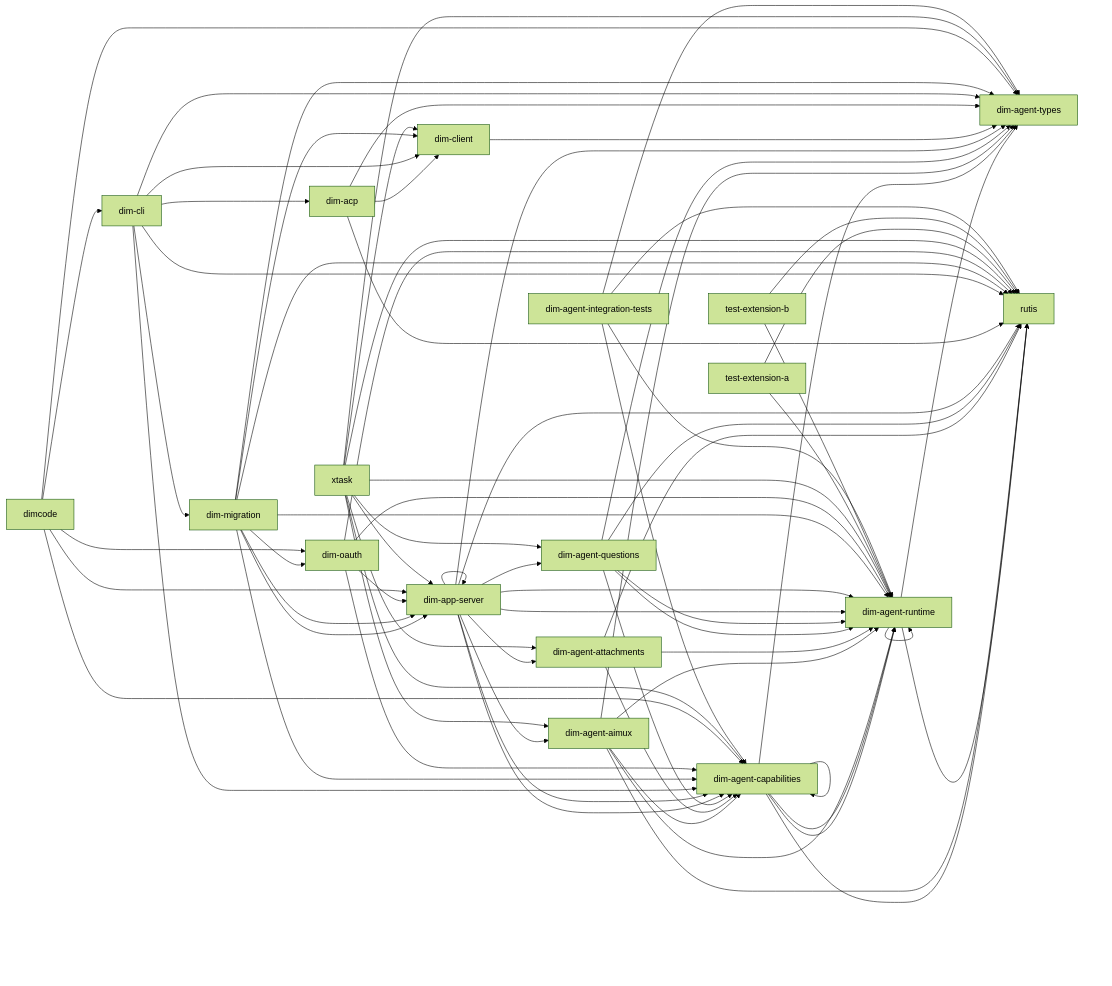
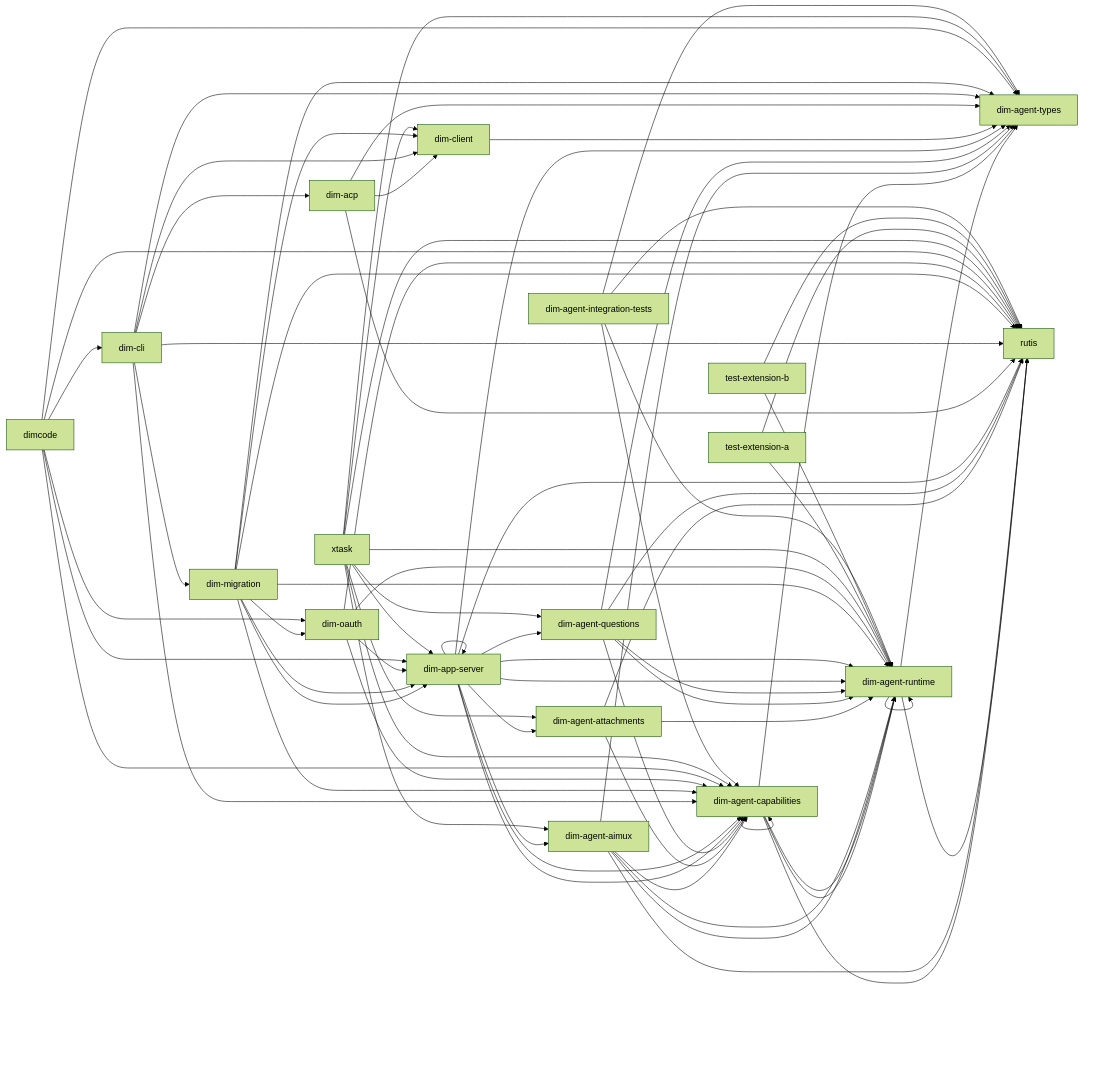
Before and after one commit to CoutinhoTTS/dim-agent: the diagram in docs/architecture/rust-agent/generated/crates.mmd, drawn with Mermaid (forest theme). The commit also changed 31 other files, not shown here.

```diff
--- a/docs/architecture/rust-agent/generated/crates.mmd
+++ b/docs/architecture/rust-agent/generated/crates.mmd
@@ -1,77 +1,78 @@
 %% Generated from cargo metadata; do not edit.
 flowchart LR
   dim_agent_runtime["dim-agent-runtime"] --> dim_agent_types["dim-agent-types"]
   dim_agent_runtime["dim-agent-runtime"] --> rutis["rutis"]
   dim_agent_runtime["dim-agent-runtime"] --> dim_agent_runtime["dim-agent-runtime"]
   dim_agent_capabilities["dim-agent-capabilities"] --> dim_agent_runtime["dim-agent-runtime"]
   dim_agent_capabilities["dim-agent-capabilities"] --> dim_agent_types["dim-agent-types"]
   dim_agent_capabilities["dim-agent-capabilities"] --> rutis["rutis"]
   dim_agent_capabilities["dim-agent-capabilities"] --> dim_agent_capabilities["dim-agent-capabilities"]
   dim_agent_capabilities["dim-agent-capabilities"] --> dim_agent_runtime["dim-agent-runtime"]
   dim_agent_aimux["dim-agent-aimux"] --> dim_agent_capabilities["dim-agent-capabilities"]
   dim_agent_aimux["dim-agent-aimux"] --> dim_agent_runtime["dim-agent-runtime"]
   dim_agent_aimux["dim-agent-aimux"] --> dim_agent_types["dim-agent-types"]
   dim_agent_aimux["dim-agent-aimux"] --> rutis["rutis"]
   dim_agent_aimux["dim-agent-aimux"] --> dim_agent_runtime["dim-agent-runtime"]
   dim_agent_attachments["dim-agent-attachments"] --> dim_agent_capabilities["dim-agent-capabilities"]
   dim_agent_attachments["dim-agent-attachments"] --> dim_agent_runtime["dim-agent-runtime"]
   dim_agent_attachments["dim-agent-attachments"] --> rutis["rutis"]
   dim_agent_questions["dim-agent-questions"] --> dim_agent_capabilities["dim-agent-capabilities"]
   dim_agent_questions["dim-agent-questions"] --> dim_agent_runtime["dim-agent-runtime"]
   dim_agent_questions["dim-agent-questions"] --> dim_agent_types["dim-agent-types"]
   dim_agent_questions["dim-agent-questions"] --> rutis["rutis"]
   dim_agent_questions["dim-agent-questions"] --> dim_agent_runtime["dim-agent-runtime"]
   dim_app_server["dim-app-server"] --> dim_agent_aimux["dim-agent-aimux"]
   dim_app_server["dim-app-server"] --> dim_agent_attachments["dim-agent-attachments"]
   dim_app_server["dim-app-server"] --> dim_agent_capabilities["dim-agent-capabilities"]
   dim_app_server["dim-app-server"] --> dim_agent_questions["dim-agent-questions"]
   dim_app_server["dim-app-server"] --> dim_agent_runtime["dim-agent-runtime"]
   dim_app_server["dim-app-server"] --> dim_agent_types["dim-agent-types"]
   dim_app_server["dim-app-server"] --> rutis["rutis"]
   dim_app_server["dim-app-server"] --> dim_agent_capabilities["dim-agent-capabilities"]
   dim_app_server["dim-app-server"] --> dim_agent_runtime["dim-agent-runtime"]
   dim_app_server["dim-app-server"] --> dim_app_server["dim-app-server"]
   dim_client["dim-client"] --> dim_agent_types["dim-agent-types"]
   dim_acp["dim-acp"] --> dim_agent_types["dim-agent-types"]
   dim_acp["dim-acp"] --> dim_client["dim-client"]
   dim_acp["dim-acp"] --> rutis["rutis"]
   dim_cli["dim-cli"] --> dim_acp["dim-acp"]
   dim_cli["dim-cli"] --> dim_agent_capabilities["dim-agent-capabilities"]
   dim_cli["dim-cli"] --> dim_agent_types["dim-agent-types"]
   dim_cli["dim-cli"] --> dim_client["dim-client"]
   dim_cli["dim-cli"] --> dim_migration["dim-migration"]
   dim_cli["dim-cli"] --> rutis["rutis"]
   dim_migration["dim-migration"] --> dim_agent_capabilities["dim-agent-capabilities"]
   dim_migration["dim-migration"] --> dim_agent_runtime["dim-agent-runtime"]
   dim_migration["dim-migration"] --> dim_agent_types["dim-agent-types"]
   dim_migration["dim-migration"] --> dim_app_server["dim-app-server"]
   dim_migration["dim-migration"] --> rutis["rutis"]
   dim_migration["dim-migration"] --> dim_app_server["dim-app-server"]
   dim_migration["dim-migration"] --> dim_client["dim-client"]
   dim_migration["dim-migration"] --> dim_oauth["dim-oauth"]
   dim_oauth["dim-oauth"] --> dim_agent_capabilities["dim-agent-capabilities"]
   dim_oauth["dim-oauth"] --> dim_agent_runtime["dim-agent-runtime"]
   dim_oauth["dim-oauth"] --> dim_app_server["dim-app-server"]
   dim_oauth["dim-oauth"] --> rutis["rutis"]
   dimcode["dimcode"] --> dim_app_server["dim-app-server"]
   dimcode["dimcode"] --> dim_cli["dim-cli"]
   dimcode["dimcode"] --> dim_oauth["dim-oauth"]
   dimcode["dimcode"] --> dim_agent_capabilities["dim-agent-capabilities"]
   dimcode["dimcode"] --> dim_agent_types["dim-agent-types"]
+  dimcode["dimcode"] --> rutis["rutis"]
   xtask["xtask"] --> dim_agent_aimux["dim-agent-aimux"]
   xtask["xtask"] --> dim_agent_attachments["dim-agent-attachments"]
   xtask["xtask"] --> dim_agent_capabilities["dim-agent-capabilities"]
   xtask["xtask"] --> dim_agent_questions["dim-agent-questions"]
   xtask["xtask"] --> dim_agent_runtime["dim-agent-runtime"]
   xtask["xtask"] --> dim_agent_types["dim-agent-types"]
   xtask["xtask"] --> dim_app_server["dim-app-server"]
   xtask["xtask"] --> dim_client["dim-client"]
   xtask["xtask"] --> rutis["rutis"]
   test_extension_a["test-extension-a"] --> dim_agent_runtime["dim-agent-runtime"]
   test_extension_a["test-extension-a"] --> rutis["rutis"]
   test_extension_b["test-extension-b"] --> dim_agent_runtime["dim-agent-runtime"]
   test_extension_b["test-extension-b"] --> rutis["rutis"]
   dim_agent_integration_tests["dim-agent-integration-tests"] --> dim_agent_capabilities["dim-agent-capabilities"]
   dim_agent_integration_tests["dim-agent-integration-tests"] --> dim_agent_runtime["dim-agent-runtime"]
   dim_agent_integration_tests["dim-agent-integration-tests"] --> dim_agent_types["dim-agent-types"]
   dim_agent_integration_tests["dim-agent-integration-tests"] --> rutis["rutis"]
```
